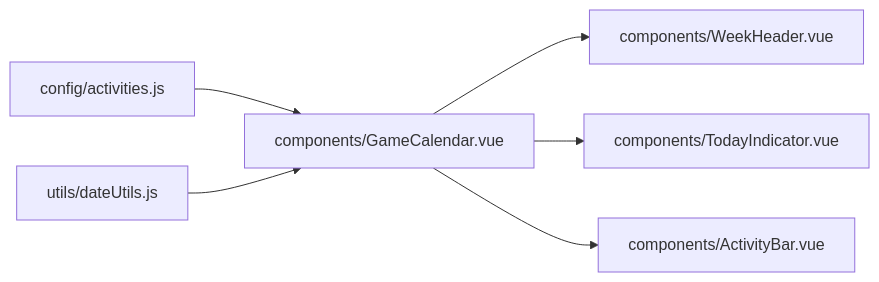
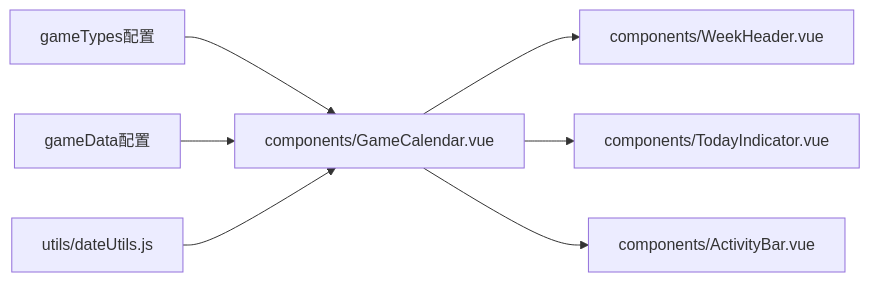
Before and after one commit to xuanyulingnfeg/gameCalendar: the sixth of 6 diagrams in .qoder/repowiki/zh/content/配置系统.md, drawn with Mermaid. The commit also changed other lines of this file and 5 other files, not shown here.

````diff
--- a/.qoder/repowiki/zh/content/配置系统.md
+++ b/.qoder/repowiki/zh/content/配置系统.md
@@ -307,8 +318,9 @@
 ```mermaid
 graph LR
-ACT["config/activities.js"] --> GC["components/GameCalendar.vue"]
+GAME_TYPES["gameTypes配置"] --> GC["components/GameCalendar.vue"]
+GAME_DATA["gameData配置"] --> GC
 DU["utils/dateUtils.js"] --> GC
 GC --> WB["components/WeekHeader.vue"]
 GC --> TI["components/TodayIndicator.vue"]
 GC --> AB["components/ActivityBar.vue"]
 ```
````
